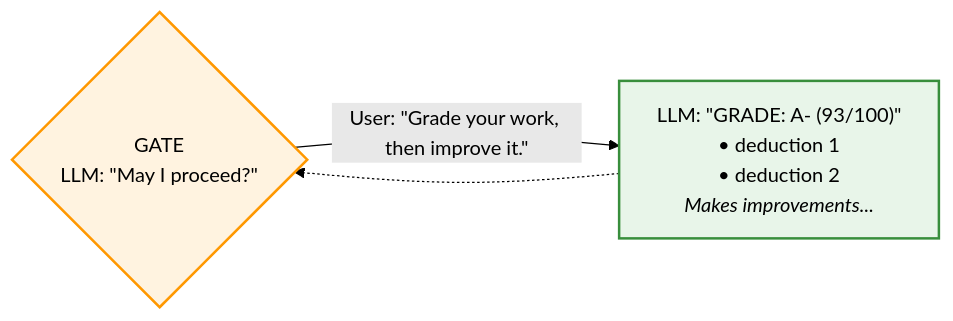
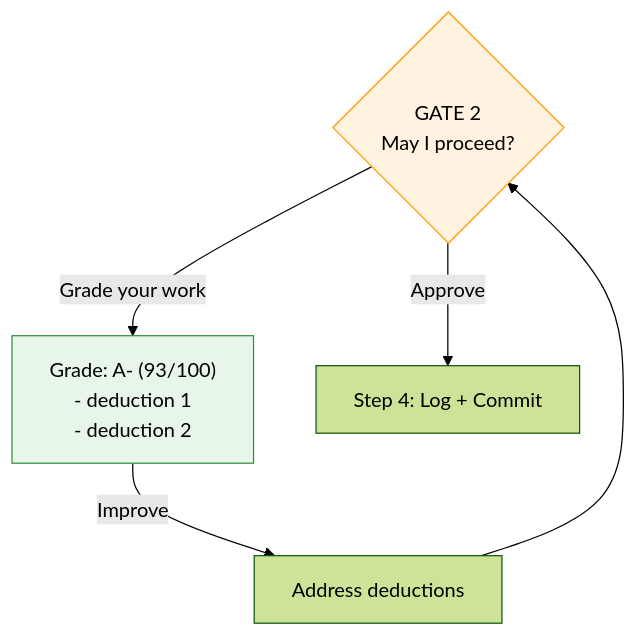
Before and after one commit to binaryphile/tandem-protocol: the third of 3 diagrams in README.md, drawn with Mermaid (forest theme). The commit also changed other lines of this file and 2 other files, not shown here.

````diff
--- a/README.md
+++ b/README.md
@@ -138,8 +161,10 @@
 ```mermaid
-flowchart LR
-    GATE{"GATE<br/>LLM: &quot;May I proceed?&quot;"} -->|"User: &quot;Grade your work, then improve it.&quot;"| GRADE["LLM: &quot;GRADE: A- (93/100)&quot;<br/>• deduction 1<br/>• deduction 2<br/><i>Makes improvements...</i>"]
-    GRADE -.-> GATE
+flowchart TD
+    G2{"GATE 2<br/>May I proceed?"} -->|"Grade your work"| GRADE["Grade: A- (93/100)<br/>- deduction 1<br/>- deduction 2"]
+    GRADE -->|"Improve"| IMPROVE["Address deductions"]
+    IMPROVE --> G2
+    G2 -->|"Approve"| S4["Step 4: Log + Commit"]
 
-    style GATE fill:#fff3e0,stroke:#ff9800,stroke-width:2px
-    style GRADE fill:#e8f5e9,stroke:#388e3c,stroke-width:2px
+    style G2 fill:#fff3e0,stroke:#ff9800
+    style GRADE fill:#e8f5e9,stroke:#388e3c
 ```
````
